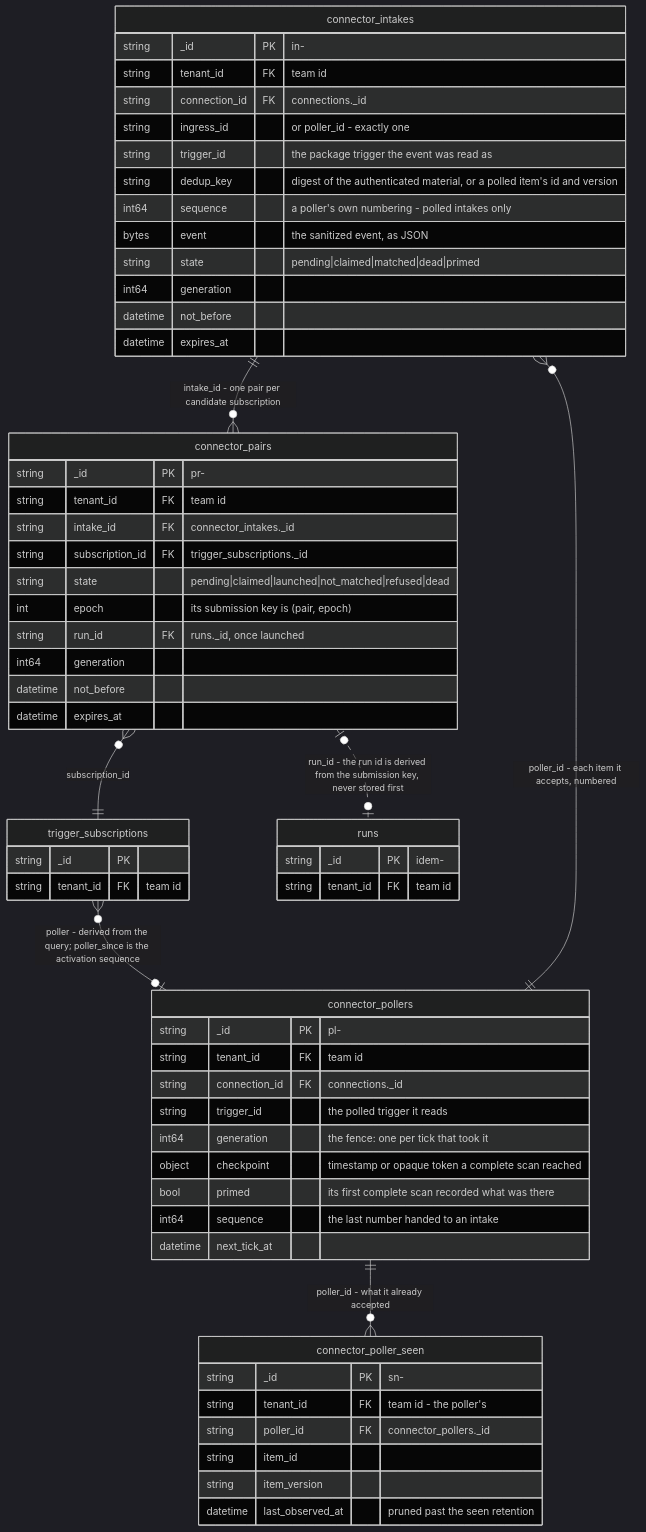
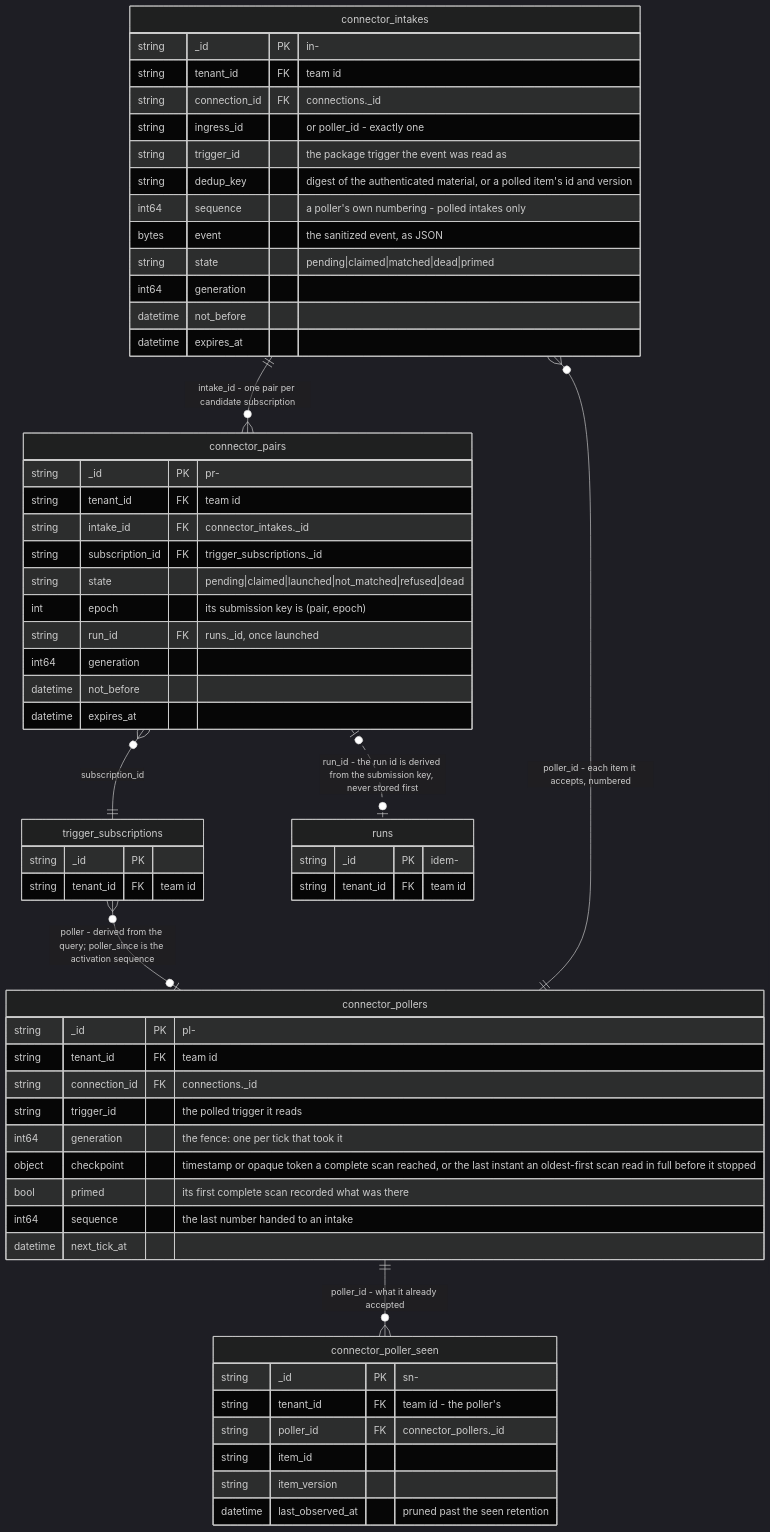
Before and after one commit to SocialGouv/iterion: the fourth of 4 diagrams in docs/diagrams/data-model-automation.md, drawn with Mermaid (dark theme). The commit also changed 11 other files, not shown here.

````diff
--- a/docs/diagrams/data-model-automation.md
+++ b/docs/diagrams/data-model-automation.md
@@ -208,62 +208,62 @@
 ```mermaid
 erDiagram
     connector_intakes {
         string _id PK "in-<digest of tenant, ingress or poller, dedup key>"
         string tenant_id FK "team id"
         string connection_id FK "connections._id"
         string ingress_id "or poller_id - exactly one"
         string trigger_id "the package trigger the event was read as"
         string dedup_key "digest of the authenticated material, or a polled item's id and version"
         int64 sequence "a poller's own numbering - polled intakes only"
         bytes event "the sanitized event, as JSON"
         string state "pending|claimed|matched|dead|primed"
         int64 generation
         datetime not_before
         datetime expires_at
     }
     connector_pairs {
         string _id PK "pr-<digest of intake, subscription>"
         string tenant_id FK "team id"
         string intake_id FK "connector_intakes._id"
         string subscription_id FK "trigger_subscriptions._id"
         string state "pending|claimed|launched|not_matched|refused|dead"
         int epoch "its submission key is (pair, epoch)"
         string run_id FK "runs._id, once launched"
         int64 generation
         datetime not_before
         datetime expires_at
     }
     trigger_subscriptions {
         string _id PK
         string tenant_id FK "team id"
     }
     runs {
         string _id PK "idem-<uuid v5 of tenant and submission key>"
         string tenant_id FK "team id"
     }
     connector_pollers {
         string _id PK "pl-<digest of tenant, connection, trigger, query values>"
         string tenant_id FK "team id"
         string connection_id FK "connections._id"
         string trigger_id "the polled trigger it reads"
         int64 generation "the fence: one per tick that took it"
-        object checkpoint "timestamp or opaque token a complete scan reached"
+        object checkpoint "timestamp or opaque token a complete scan reached, or the last instant an oldest-first scan read in full before it stopped"
         bool primed "its first complete scan recorded what was there"
         int64 sequence "the last number handed to an intake"
         datetime next_tick_at
     }
     connector_poller_seen {
         string _id PK "sn-<digest of poller, item id, item version>"
         string tenant_id FK "team id - the poller's"
         string poller_id FK "connector_pollers._id"
         string item_id
         string item_version
         datetime last_observed_at "pruned past the seen retention"
     }
     connector_pollers ||--o{ connector_poller_seen : "poller_id - what it already accepted"
     connector_pollers ||--o{ connector_intakes : "poller_id - each item it accepts, numbered"
     trigger_subscriptions }o--o| connector_pollers : "poller - derived from the query; poller_since is the activation sequence"
     connector_intakes ||--o{ connector_pairs : "intake_id - one pair per candidate subscription"
     connector_pairs }o--|| trigger_subscriptions : "subscription_id"
     connector_pairs |o..o| runs : "run_id - the run id is derived from the submission key, never stored first"
 ```
````
